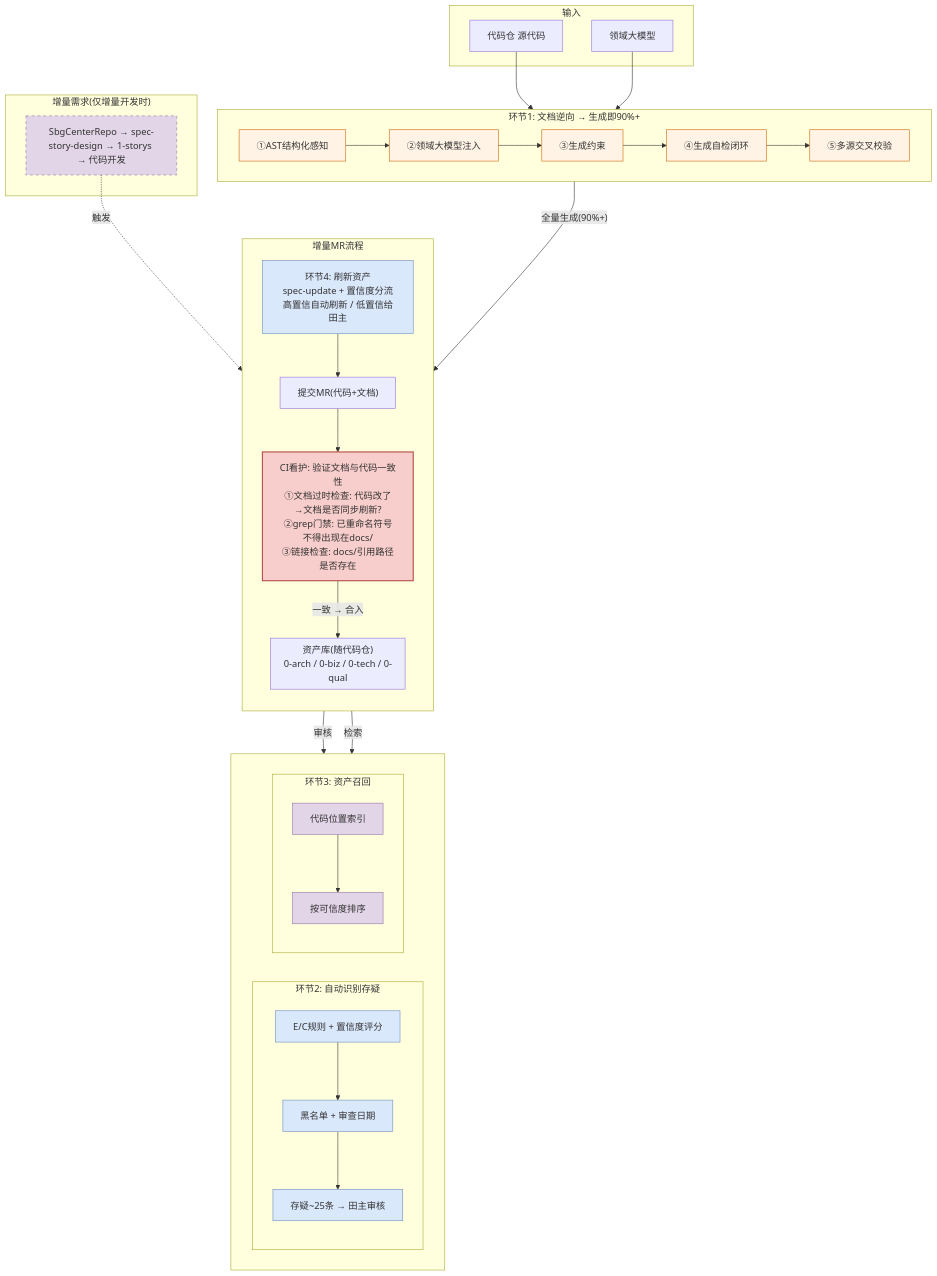
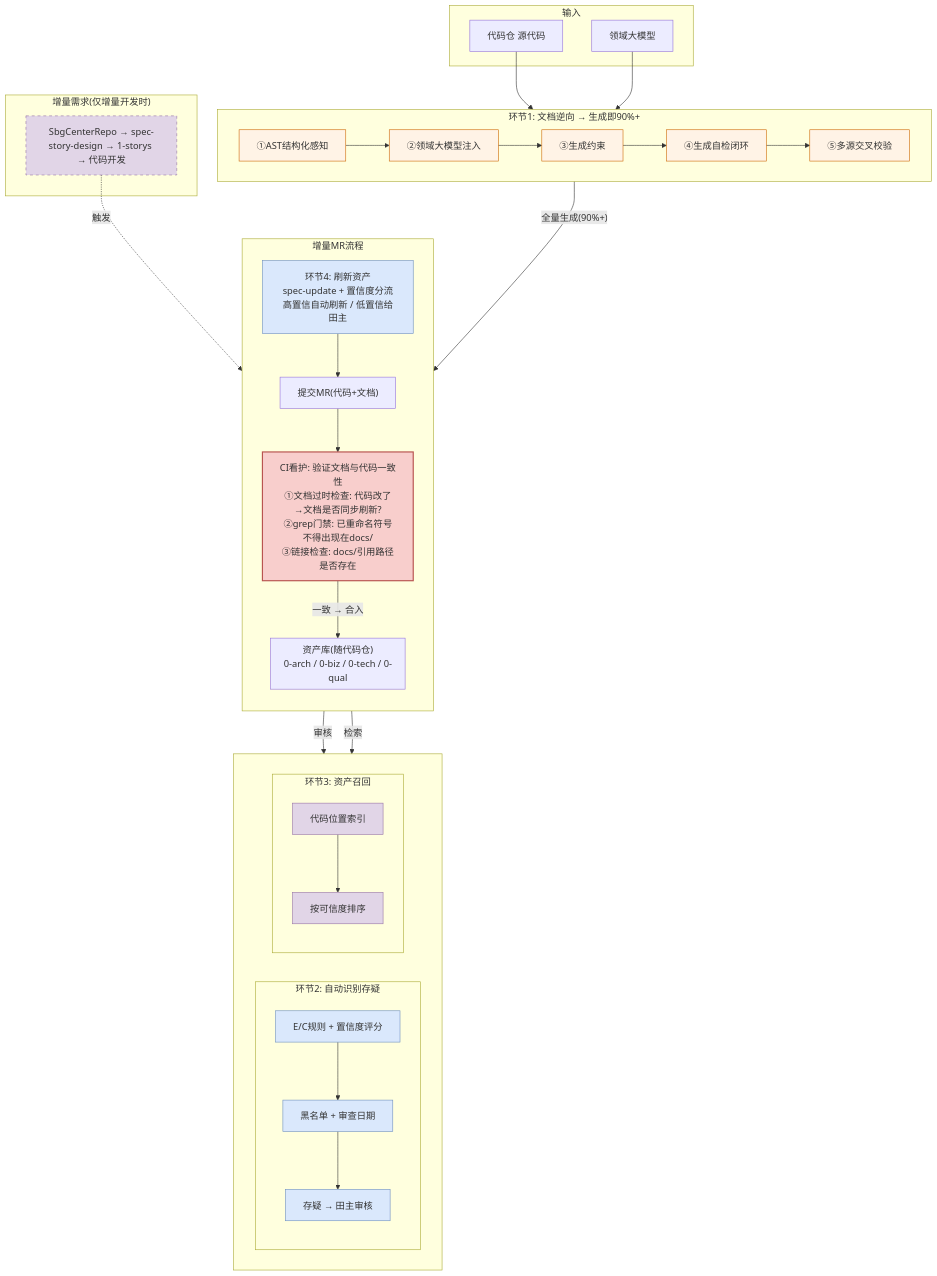
The first of 3 diagrams in POC/云核知识资产治理解决方案.md (hututuxinyu/Memory), drawn with Mermaid before and after one commit. The commit also changed other lines of this file, not shown here.

````diff
--- a/POC/云核知识资产治理解决方案.md
+++ b/POC/云核知识资产治理解决方案.md
@@ -18,70 +18,70 @@
 ```mermaid
 flowchart TB
     subgraph Input["输入"]
         I1["代码仓 源代码"]
         I2["领域大模型"]
     end
 
     subgraph R1["环节1: 文档逆向 → 生成即90%+"]
         direction LR
         R1a["①AST结构化感知"]
         R1b["②领域大模型注入"]
         R1c["③生成约束"]
         R1d["④生成自检闭环"]
         R1e["⑤多源交叉校验"]
         R1a --> R1b --> R1c --> R1d --> R1e
     end
 
     subgraph Assets["资产库(随代码仓)<br/>0-arch / 0-biz / 0-tech / 0-qual"]
     end
 
     subgraph Bottom[" "]
         direction LR
         subgraph R2["环节2: 自动识别存疑"]
             R2a["E/C规则 + 置信度评分"]
             R2b["黑名单 + 审查日期"]
-            R2c["存疑~25条 → 田主审核"]
+            R2c["存疑 → 田主审核"]
             R2a --> R2b --> R2c
         end
         subgraph R3["环节3: 资产召回"]
             R3a["代码位置索引"]
             R3b["按可信度排序"]
             R3a --> R3b
         end
     end
 
     subgraph MRFlow["增量MR流程"]
         direction TB
         R4["环节4: 刷新资产<br/>spec-update + 置信度分流<br/>高置信自动刷新 / 低置信给田主"]
         MR["提交MR(代码+文档)"]
         CI["CI看护: 验证文档与代码一致性<br/>①文档过时检查: 代码改了→文档是否同步刷新?<br/>②grep门禁: 已重命名符号不得出现在docs/<br/>③链接检查: docs/引用路径是否存在"]
         R4 --> MR
         MR --> CI
         CI -->|"一致 → 合入"| Assets
     end
 
     I1 --> R1
     I2 --> R1
     R1 -->|"全量生成(90%+)"| Assets
     Assets -->|"审核"| R2
     Assets -->|"检索"| R3
 
     subgraph Trigger["增量需求(仅增量开发时)"]
         T1["SbgCenterRepo → spec-story-design → 1-storys → 代码开发"]
     end
     T1 -.->|"触发"| R4
 
     style R1a fill:#fff3e6,stroke:#cc6600
     style R1b fill:#fff3e6,stroke:#cc6600
     style R1c fill:#fff3e6,stroke:#cc6600
     style R1d fill:#fff3e6,stroke:#cc6600
     style R1e fill:#fff3e6,stroke:#cc6600
     style R2a fill:#dae8fc,stroke:#6c8ebf
     style R2b fill:#dae8fc,stroke:#6c8ebf
     style R2c fill:#dae8fc,stroke:#6c8ebf
     style R3a fill:#e1d5e7,stroke:#9673a6
     style R3b fill:#e1d5e7,stroke:#9673a6
     style CI fill:#f8cecc,stroke:#b85450,stroke-width:2px
     style R4 fill:#dae8fc,stroke:#6c8ebf
     style T1 fill:#e1d5e7,stroke:#9673a6,stroke-dasharray:5 5
 ```
````
